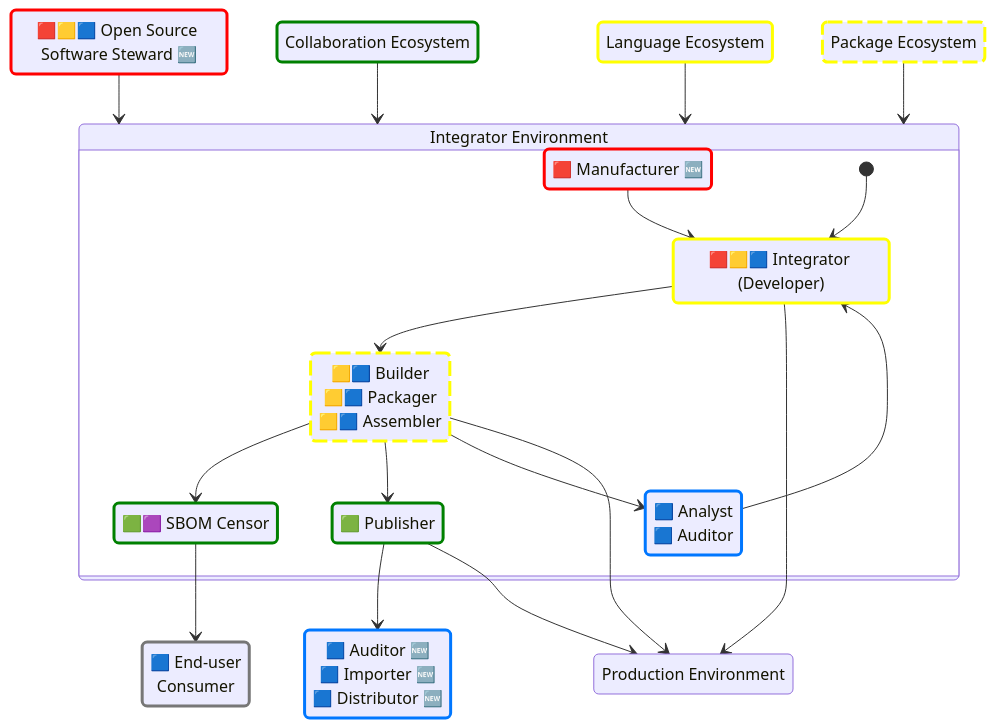
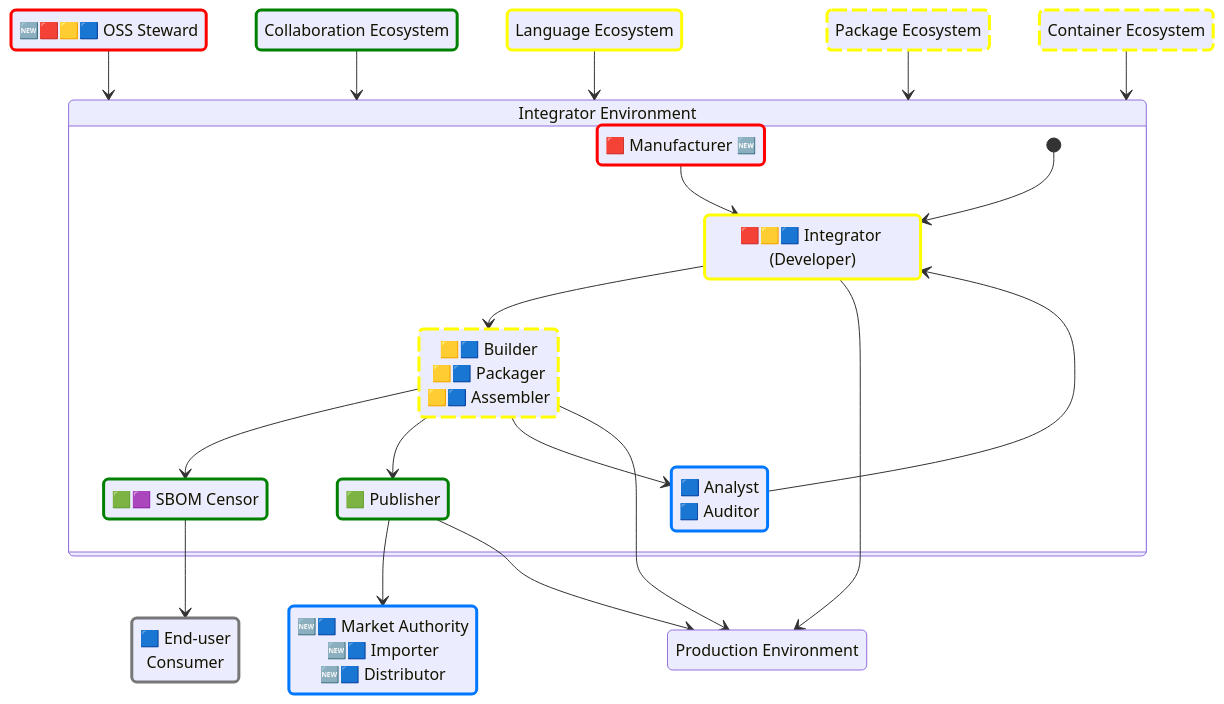
One commit to CPAN-Security/security.metacpan.org changed the fifth of 5 diagrams in docs/supplychain-sbom.md. Above: the diagram before and after it, drawn with Mermaid. The commit also changed other lines of this file, not shown here.

```diff
--- a/docs/supplychain-sbom.md
+++ b/docs/supplychain-sbom.md
@@ -910,7 +930,7 @@
     classDef ignoresSBOM stroke:#777,stroke-width:3px;
 
     %%
-    state "🟥🟨🟦 Open Source Software Steward 🆕" as language_steward
+    state "🆕🟥🟨🟦 OSS Steward" as language_steward
     %%
     class language_steward createsSBOM
 
@@ -921,14 +941,19 @@
 
 
     %% Collaboration Ecosystem
-    state "Collaboration Ecosystem" as ecosystem_repo
+    state "Collaboration Ecosystem" as ecosystem_forge
     %%
-    class ecosystem_repo distributesSBOM
+    class ecosystem_forge distributesSBOM
 
     %% Package Ecosystem
     state "Package Ecosystem" as ecosystem_package
     %%
     class ecosystem_package assemblesSBOM
+
+    %% Container Ecosystem
+    state "Container Ecosystem" as ecosystem_container
+    %%
+    class ecosystem_container assemblesSBOM
 
 
     %% Integrator Environment
@@ -960,7 +985,7 @@
     class external_consumer ignoresSBOM
 
     %% Market Authorities
-    state "🟦 Auditor 🆕<br>🟦 Importer 🆕<br>🟦 Distributor 🆕" as authority_auditor
+    state "🆕🟦 Market Authority<br>🆕🟦 Importer<br>🆕🟦 Distributor" as authority_auditor
     %%
     class authority_attester createsSBOM
     class authority_auditor verifiesSBOM
@@ -971,10 +996,11 @@
     class prod_deployer assemblesSBOM
 
     %%
-    language_steward  --> environment_integrator
-    ecosystem_repo    --> environment_integrator
-    ecosystem_lang    --> environment_integrator
-    ecosystem_package --> environment_integrator
+    language_steward     --> environment_integrator
+    ecosystem_forge      --> environment_integrator
+    ecosystem_lang       --> environment_integrator
+    ecosystem_package    --> environment_integrator
+    ecosystem_container  --> environment_integrator
     %%
     integrator_builder   --> environment_prod
     integrator_developer --> environment_prod
```
